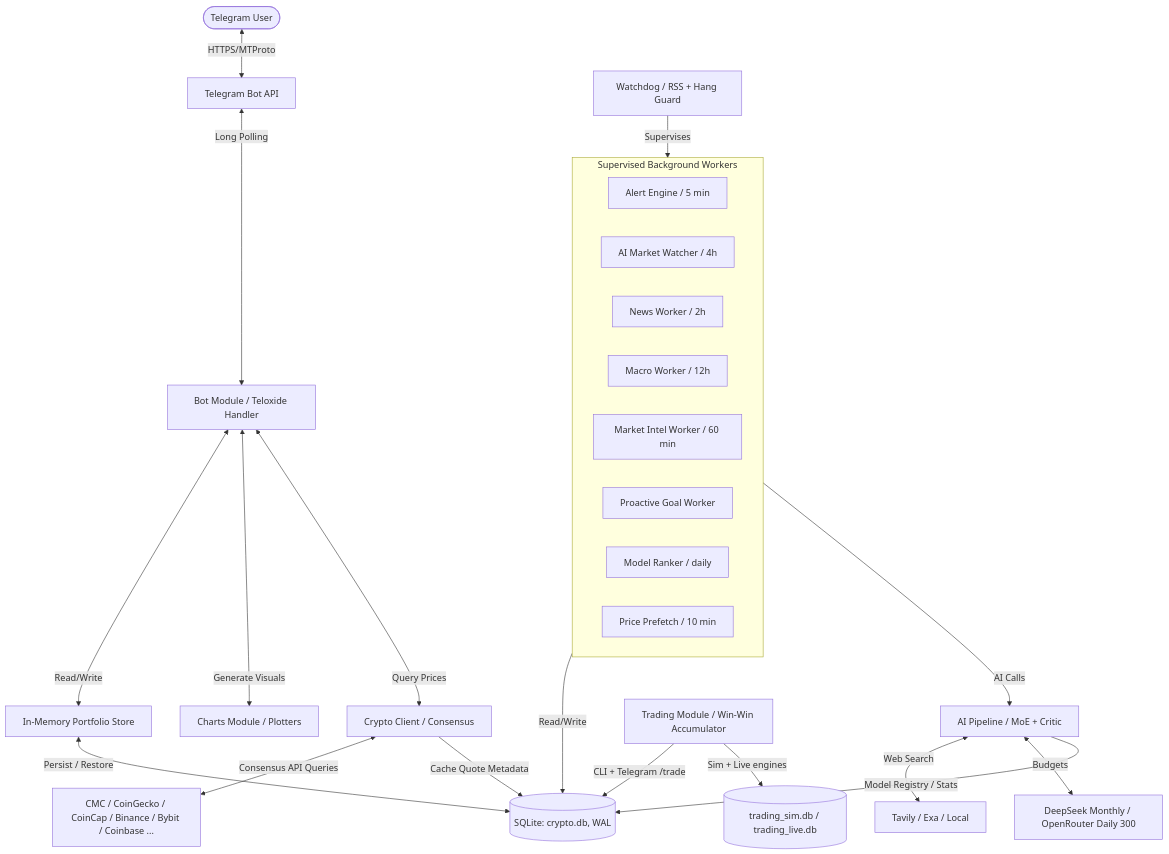
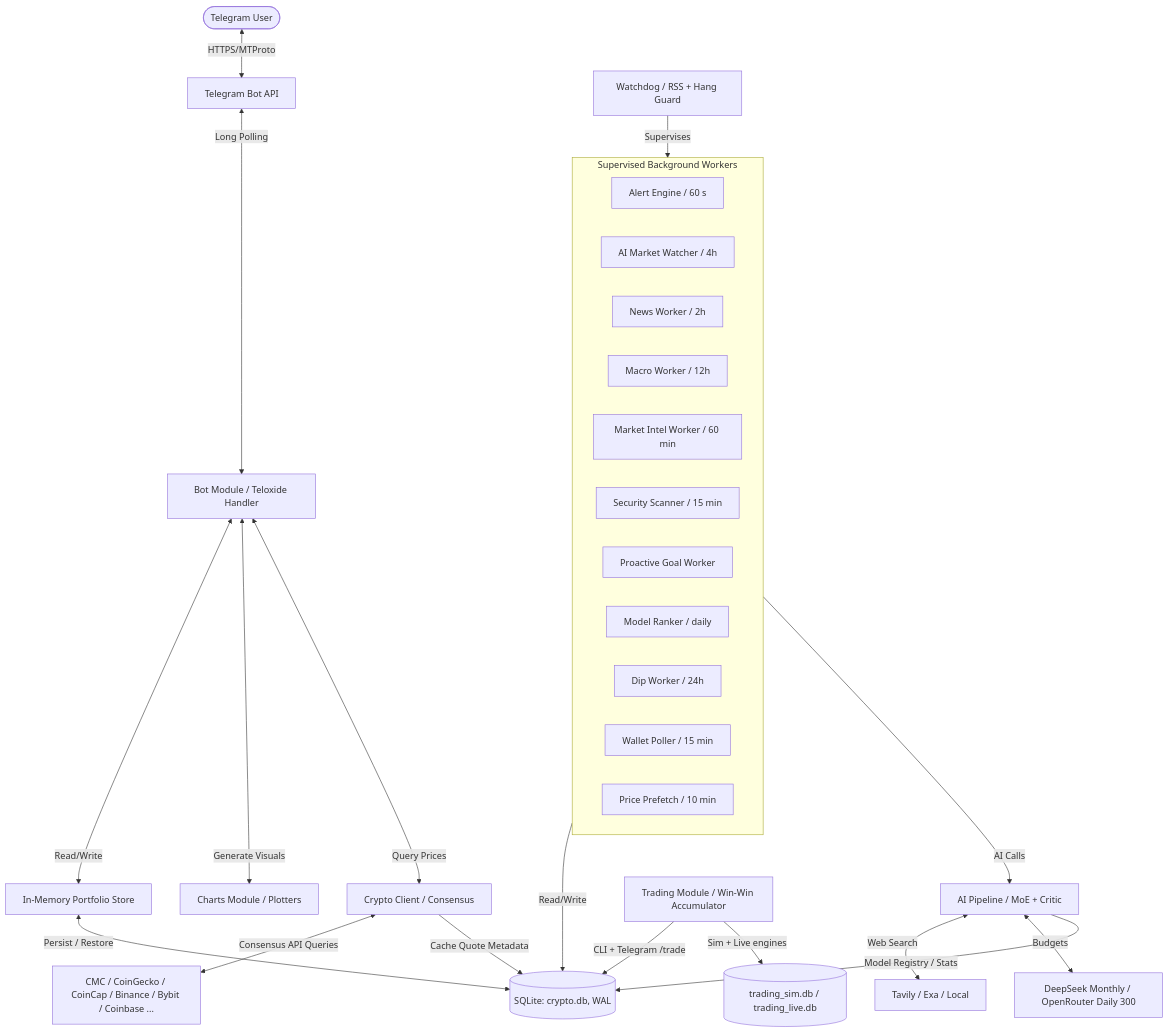
One commit to Envel-Nikita-Gutsenkov/CryptographBot changed the diagram in docs/architecture.md. Above: the diagram before and after it, drawn with Mermaid. The commit also changed other lines of this file and 11 other files, not shown here.

````diff
--- a/docs/architecture.md
+++ b/docs/architecture.md
@@ -14,29 +14,32 @@
 ```mermaid
 graph TD
     User([Telegram User]) <-->|HTTPS/MTProto| Telegram[Telegram Bot API]
     Telegram <-->|Long Polling| Bot[Bot Module / Teloxide Handler]
     Bot <-->|Read/Write| Store[In-Memory Portfolio Store]
     Store <-->|Persist / Restore| Sqlite[(SQLite: crypto.db, WAL)]
     Bot <-->|Generate Visuals| Charts[Charts Module / Plotters]
     Bot <-->|Query Prices| Crypto[Crypto Client / Consensus]
     Crypto <-->|Consensus API Queries| Providers[CMC / CoinGecko / CoinCap / Binance / Bybit / Coinbase ...]
     Crypto -->|Cache Quote Metadata| Sqlite
     Watchdog[Watchdog / RSS + Hang Guard] -->|Supervises| Workers
     subgraph Workers[Supervised Background Workers]
-        AlertEngine[Alert Engine / 5 min]
+        AlertEngine[Alert Engine / 60 s]
         Watcher[AI Market Watcher / 4h]
         NewsWorker[News Worker / 2h]
         MacroWorker[Macro Worker / 12h]
         IntelWorker[Market Intel Worker / 60 min]
+        SecurityScan[Security Scanner / 15 min]
         Proactive[Proactive Goal Worker]
         Ranker[Model Ranker / daily]
+        DipWorker[Dip Worker / 24h]
+        WalletPoller[Wallet Poller / 15 min]
         Prefetch[Price Prefetch / 10 min]
     end
     Workers -->|Read/Write| Sqlite
     Workers -->|AI Calls| AI[AI Pipeline / MoE + Critic]
     AI <-->|Web Search| Search[Tavily / Exa / Local]
     AI <-->|Budgets| Budgets[DeepSeek Monthly / OpenRouter Daily 300]
     Trading[Trading Module / Win-Win Accumulator] -->|CLI + Telegram /trade| Sqlite
     Trading -->|Sim + Live engines| TradingDb[(trading_sim.db / trading_live.db)]
     AI -->|Model Registry / Stats| Sqlite
 ```
````
